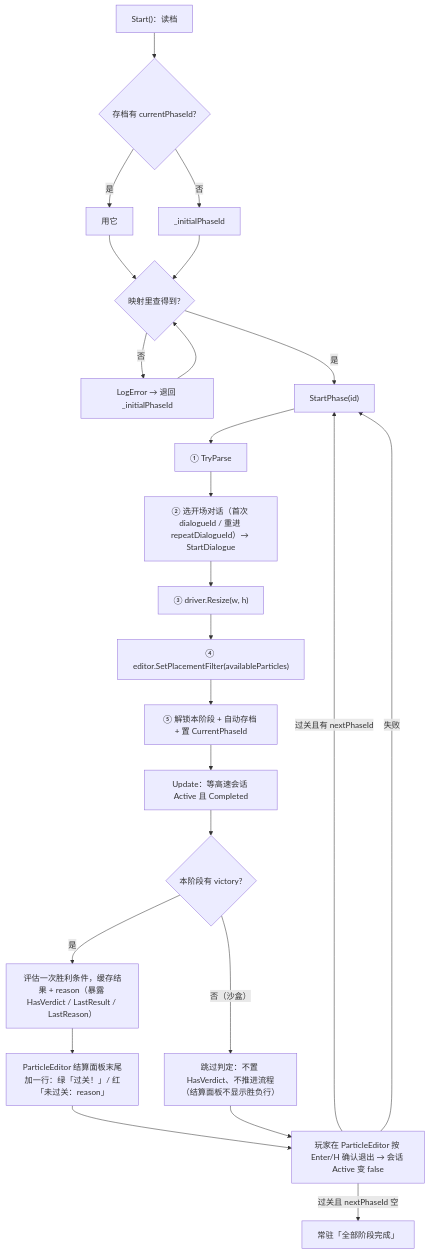
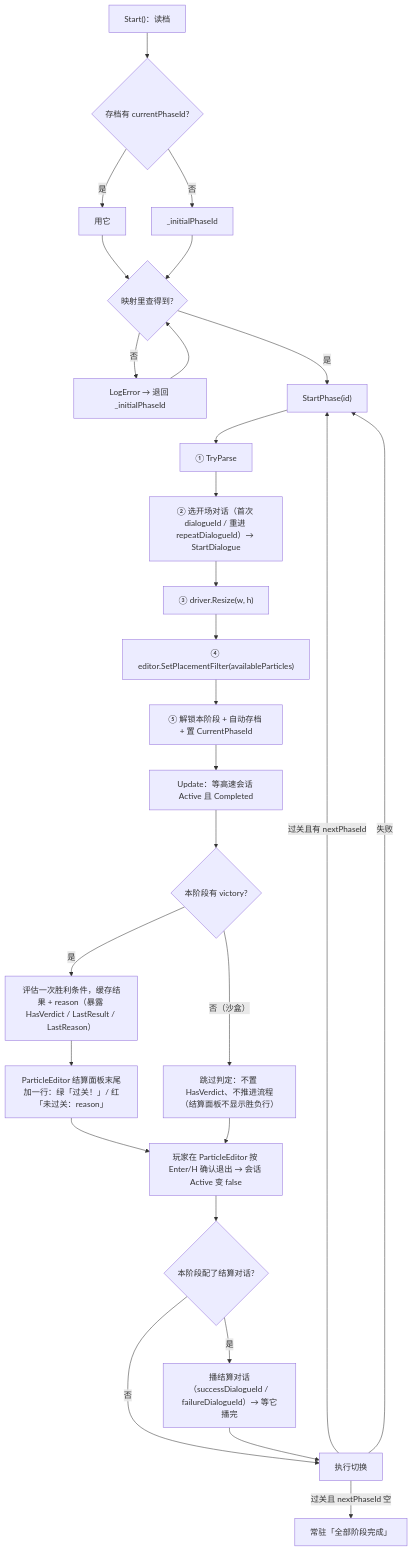
The first of 2 diagrams in docs/GameFlow.md (liziluyu/ThreeDaysofGenesis), drawn with Mermaid before and after one commit. The commit also changed other lines of this file and 5 other files, not shown here.

````diff
--- a/docs/GameFlow.md
+++ b/docs/GameFlow.md
@@ -173,26 +177,30 @@
 ```mermaid
 flowchart TD
     A["Start()：读档"] --> B{存档有 currentPhaseId?}
     B -- 是 --> C[用它]
     B -- 否 --> D[_initialPhaseId]
     C --> E{映射里查得到?}
     D --> E
     E -- 否 --> F[LogError → 退回 _initialPhaseId]
     F --> E
     E -- 是 --> G["StartPhase(id)"]
     G --> H["① TryParse"]
     H --> I["② 选开场对话（首次 dialogueId / 重进 repeatDialogueId）→ StartDialogue"]
     I --> J["③ driver.Resize(w, h)"]
     J --> K["④ editor.SetPlacementFilter(availableParticles)"]
     K --> L["⑤ 解锁本阶段 + 自动存档 + 置 CurrentPhaseId"]
     L --> M["Update：等高速会话 Active 且 Completed"]
     M --> N{"本阶段有 victory?"}
     N -- 是 --> N2["评估一次胜利条件，缓存结果 + reason（暴露 HasVerdict / LastResult / LastReason）"]
     N -- 否（沙盒）--> N3["跳过判定：不置 HasVerdict、不推进流程（结算面板不显示胜负行）"]
     N2 --> O["ParticleEditor 结算面板末尾加一行：绿「过关！」/ 红「未过关：reason」"]
     O --> P["玩家在 ParticleEditor 按 Enter/H 确认退出 → 会话 Active 变 false"]
-    P -- 过关且 nextPhaseId 空 --> Q["常驻「全部阶段完成」"]
-    P -- 过关且有 nextPhaseId --> G
-    P -- 失败 --> G
+    P --> R{"本阶段配了结算对话?"}
+    R -- 是 --> R2["播结算对话（successDialogueId / failureDialogueId）→ 等它播完"]
+    R -- 否 --> S
+    R2 --> S["执行切换"]
+    S -- 过关且 nextPhaseId 空 --> Q["常驻「全部阶段完成」"]
+    S -- 过关且有 nextPhaseId --> G
+    S -- 失败 --> G
     N3 --> P
 ```
````
